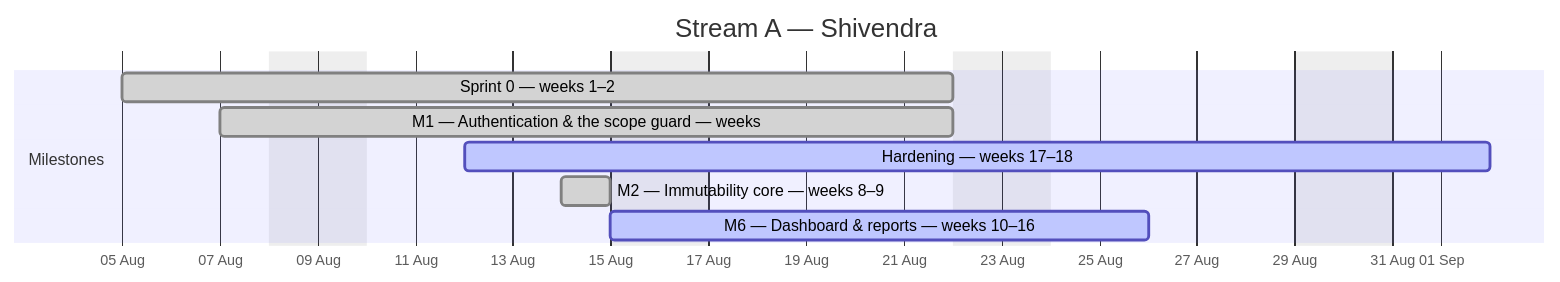
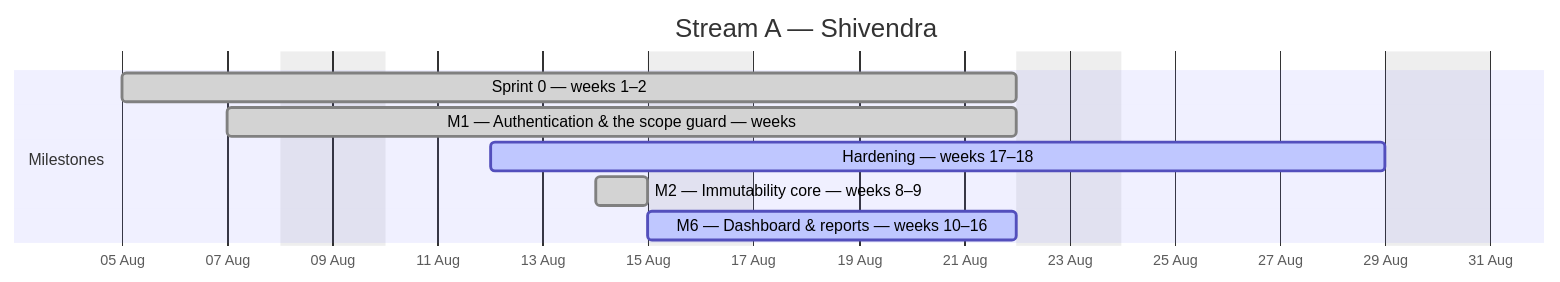
The first of 4 diagrams in docs/plan/GANTT.md (debashisedunext/EduTrack), drawn with Mermaid before and after one commit. The commit also changed other lines of this file and 3 other files, not shown here.

````diff
--- a/docs/plan/GANTT.md
+++ b/docs/plan/GANTT.md
@@ -86,13 +86,13 @@
 ```mermaid
 gantt
     dateFormat YYYY-MM-DD
     axisFormat %d %b
     title Stream A — Shivendra
     excludes weekends
     section Milestones
     Sprint 0 — weeks 1–2 :done, a0, 2026-08-05, 13d
     M1 — Authentication & the scope guard — weeks :done, a1, 2026-08-07, 11d
-    Hardening — weeks 17–18 :active, a2, 2026-08-12, 15d
+    Hardening — weeks 17–18 :active, a2, 2026-08-12, 13d
     M2 — Immutability core — weeks 8–9 :done, a3, 2026-08-14, 1d
-    M6 — Dashboard & reports — weeks 10–16 :active, a4, 2026-08-15, 8d
+    M6 — Dashboard & reports — weeks 10–16 :active, a4, 2026-08-15, 6d
 ```
````
